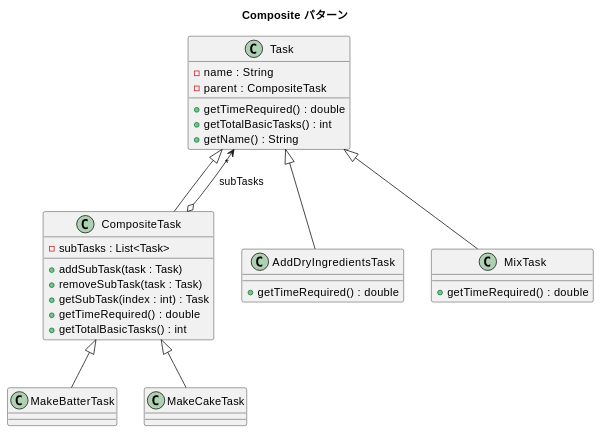
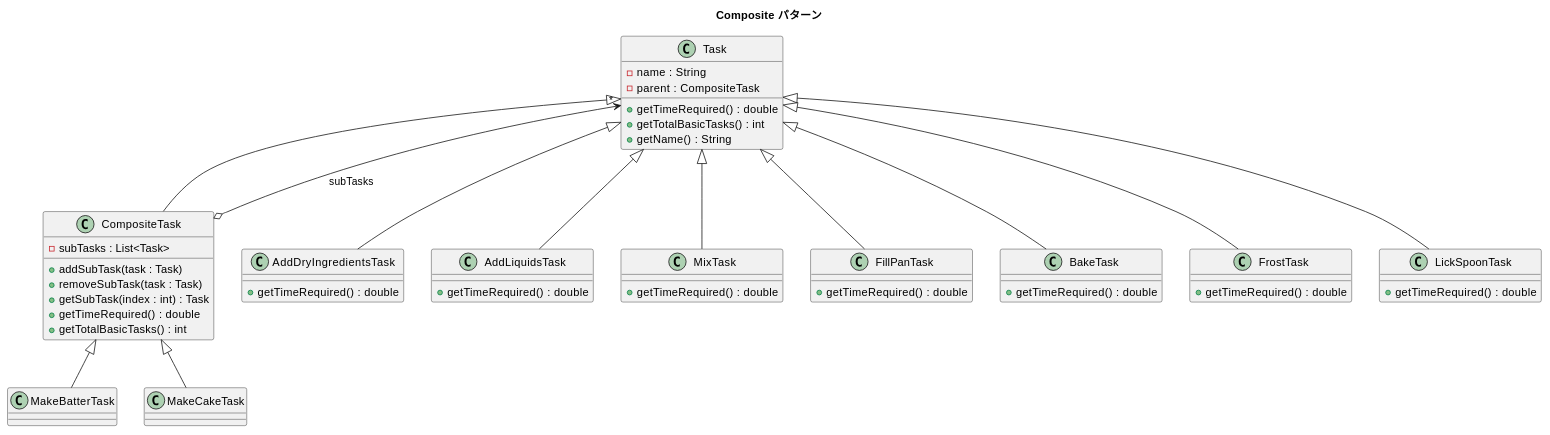
The diagram in docs/article/java/07-composite.md (k2works/getting-started-design-pattern), drawn with PlantUML before and after one commit. The commit also changed other lines of this file and 4 other files, not shown here.

````diff
--- a/docs/article/java/07-composite.md
+++ b/docs/article/java/07-composite.md
@@ -13,40 +13,65 @@
 ```plantuml
 @startuml
 title Composite パターン
 
 class Task {
   - name : String
   - parent : CompositeTask
   + getTimeRequired() : double
   + getTotalBasicTasks() : int
   + getName() : String
 }
 
 class CompositeTask {
   - subTasks : List<Task>
   + addSubTask(task : Task)
   + removeSubTask(task : Task)
   + getSubTask(index : int) : Task
   + getTimeRequired() : double
   + getTotalBasicTasks() : int
 }
 
 class AddDryIngredientsTask {
   + getTimeRequired() : double
 }
 
+class AddLiquidsTask {
+  + getTimeRequired() : double
+}
+
 class MixTask {
+  + getTimeRequired() : double
+}
+
+class FillPanTask {
+  + getTimeRequired() : double
+}
+
+class BakeTask {
+  + getTimeRequired() : double
+}
+
+class FrostTask {
+  + getTimeRequired() : double
+}
+
+class LickSpoonTask {
   + getTimeRequired() : double
 }
 
 class MakeBatterTask
 class MakeCakeTask
 
 Task <|-- CompositeTask
 Task <|-- AddDryIngredientsTask
+Task <|-- AddLiquidsTask
 Task <|-- MixTask
+Task <|-- FillPanTask
+Task <|-- BakeTask
+Task <|-- FrostTask
+Task <|-- LickSpoonTask
 CompositeTask <|-- MakeBatterTask
 CompositeTask <|-- MakeCakeTask
 CompositeTask o--> "*" Task : subTasks
 @enduml
 ```
````
